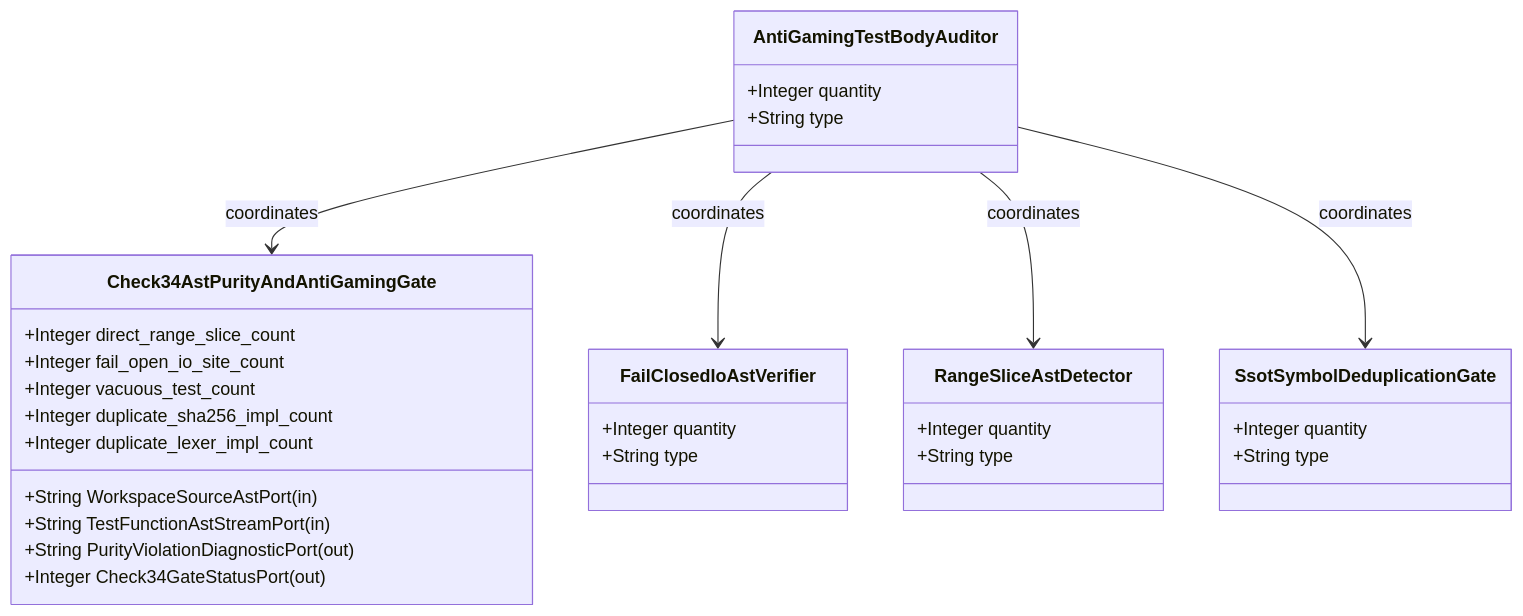
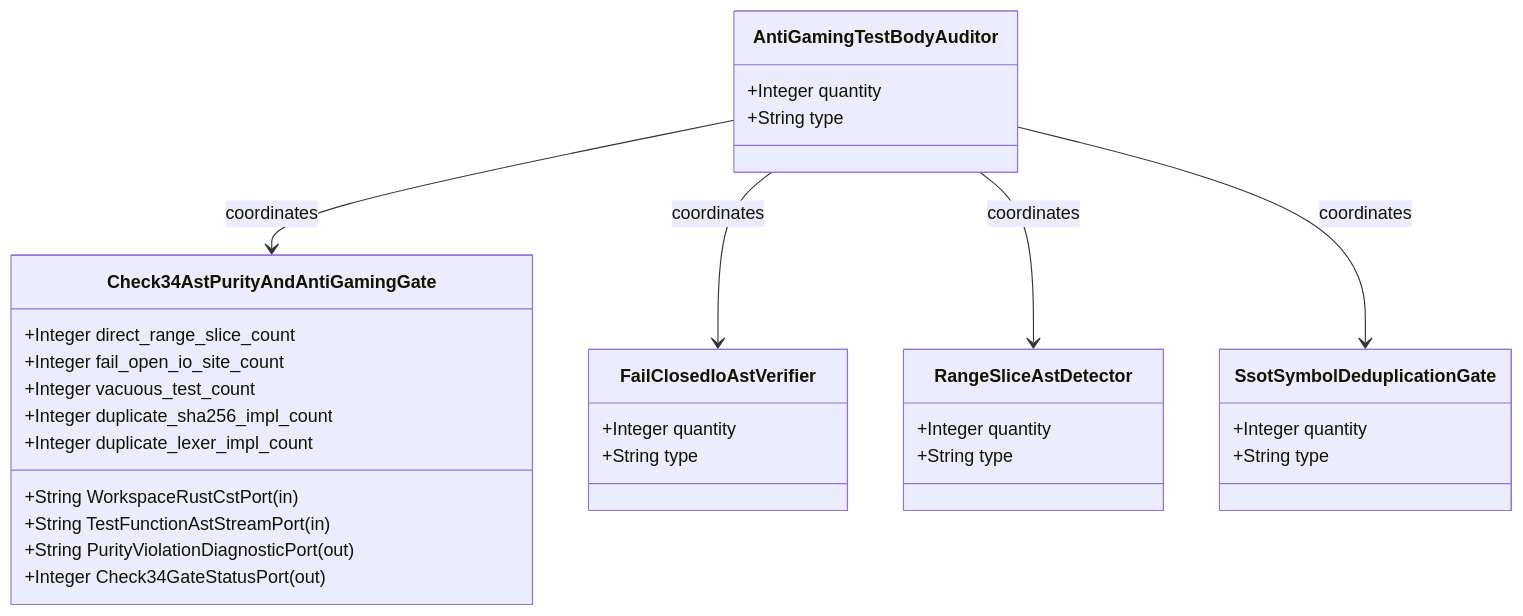
Before and after one commit to gintatkinson/DEAP01-spec-core: the first of 2 diagrams in .pipeline/upstream/docs/epics/EPIC-02-BP_02_Check_34_AST_Purity_Fail_Closed_IO_and_Anti_Gaming_Test_Gate_Blueprint.md, drawn with Mermaid. The commit also changed other lines of this file and 196 other files, not shown here.

````diff
--- a/.pipeline/upstream/docs/epics/EPIC-02-BP_02_Check_34_AST_Purity_Fail_Closed_IO_and_Anti_Gaming_Test_Gate_Blueprint.md
+++ b/.pipeline/upstream/docs/epics/EPIC-02-BP_02_Check_34_AST_Purity_Fail_Closed_IO_and_Anti_Gaming_Test_Gate_Blueprint.md
@@ -57,34 +57,34 @@
 ```mermaid
 classDiagram
     class AntiGamingTestBodyAuditor {
         +Integer quantity
         +String type
     }
     class Check34AstPurityAndAntiGamingGate {
-        +String WorkspaceSourceAstPort (in)
+        +String WorkspaceRustCstPort (in)
         +String TestFunctionAstStreamPort (in)
         +String PurityViolationDiagnosticPort (out)
         +Integer Check34GateStatusPort (out)
         +Integer direct_range_slice_count
         +Integer fail_open_io_site_count
         +Integer vacuous_test_count
         +Integer duplicate_sha256_impl_count
         +Integer duplicate_lexer_impl_count
     }
     class FailClosedIoAstVerifier {
         +Integer quantity
         +String type
     }
     class RangeSliceAstDetector {
         +Integer quantity
         +String type
     }
     class SsotSymbolDeduplicationGate {
         +Integer quantity
         +String type
     }
     AntiGamingTestBodyAuditor --> Check34AstPurityAndAntiGamingGate : coordinates
     AntiGamingTestBodyAuditor --> FailClosedIoAstVerifier : coordinates
     AntiGamingTestBodyAuditor --> RangeSliceAstDetector : coordinates
     AntiGamingTestBodyAuditor --> SsotSymbolDeduplicationGate : coordinates
 ```
````
